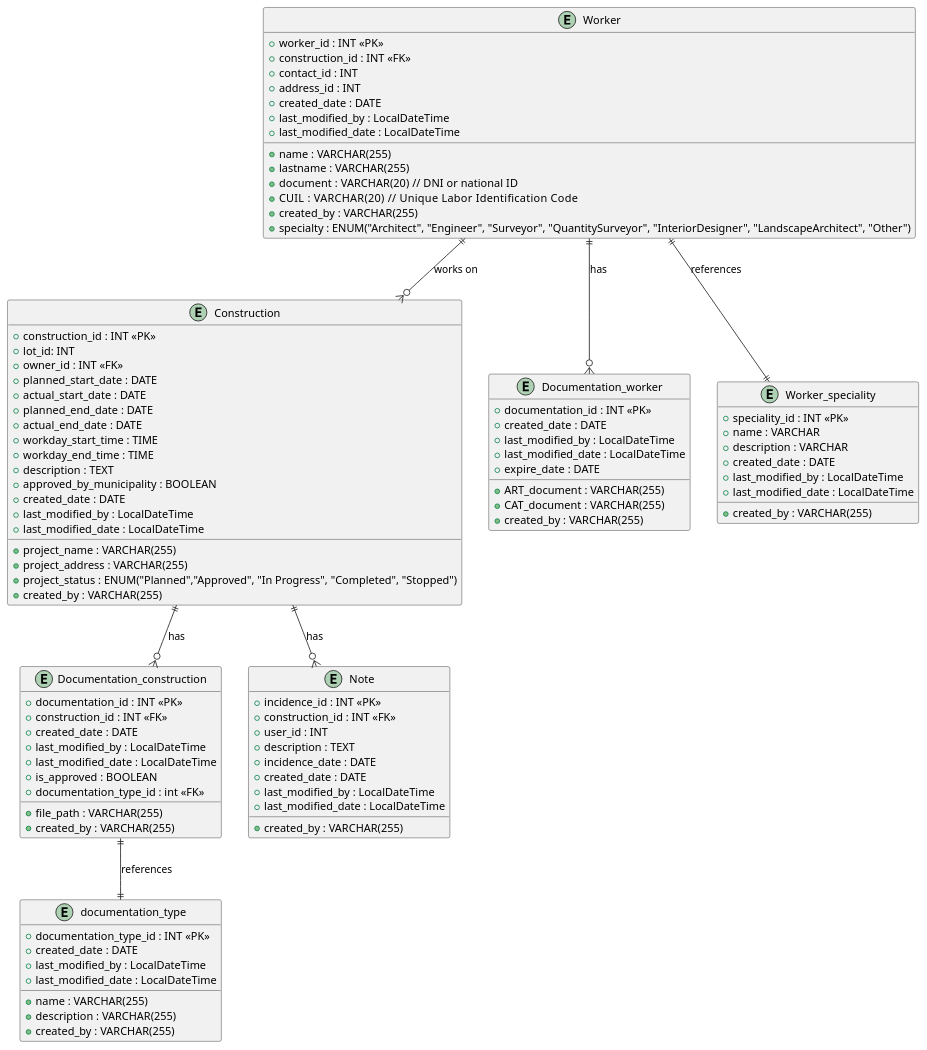
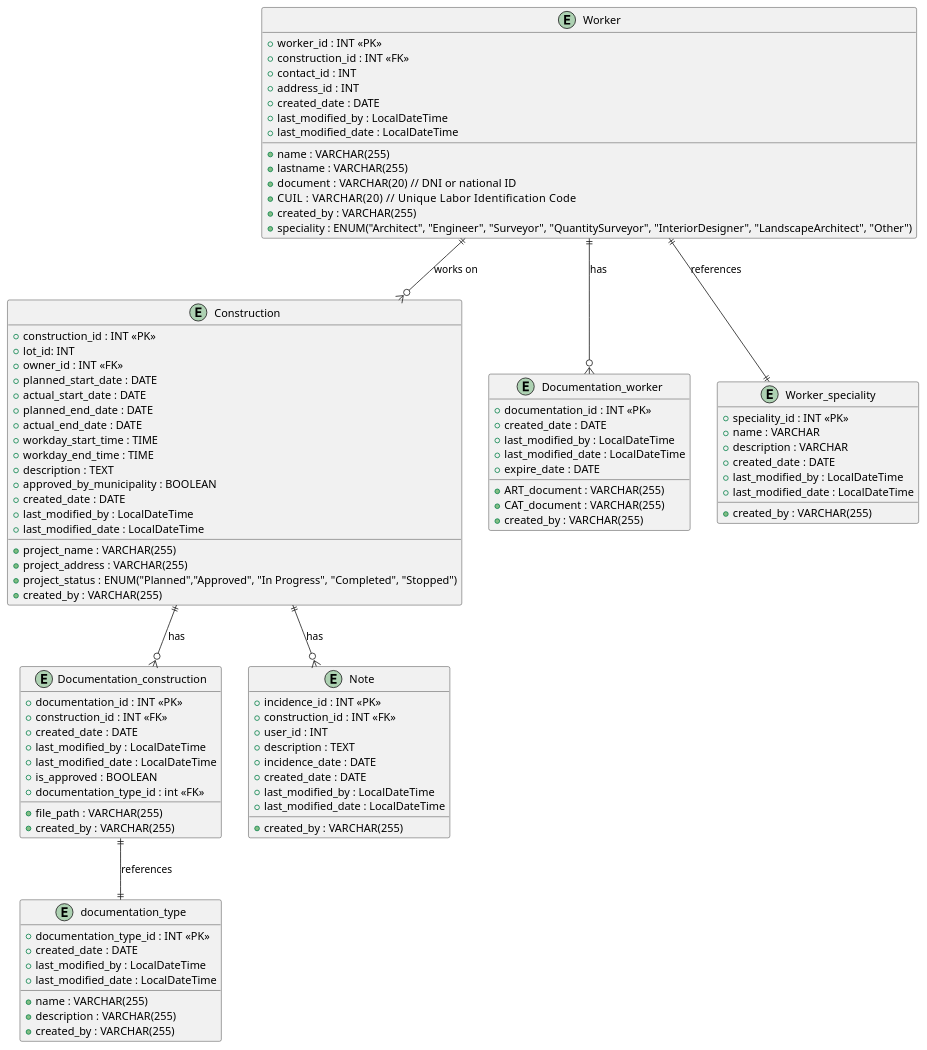
The diagram in docs/app_doc/diagrams/entities/entities.puml (406021-GAUFFIN/public-constructions), drawn with PlantUML before and after one commit. The commit also changed 10 other files, not shown here.

```diff
--- a/docs/app_doc/diagrams/entities/entities.puml
+++ b/docs/app_doc/diagrams/entities/entities.puml
@@ -1,110 +1,110 @@
 @startuml
 
 entity "Construction" as construction {
   + construction_id : INT <<PK>>
   + project_name : VARCHAR(255)
   + project_address : VARCHAR(255)
   + lot_id: INT
   + owner_id : INT <<FK>>
   + planned_start_date : DATE
   + actual_start_date : DATE
   + planned_end_date : DATE
   + actual_end_date : DATE
   + project_status : ENUM("Planned","Approved", "In Progress", "Completed", "Stopped")
   + workday_start_time : TIME
   + workday_end_time : TIME
   + description : TEXT
   + approved_by_municipality : BOOLEAN
   + created_by : VARCHAR(255)
   + created_date : DATE
   + last_modified_by : LocalDateTime
   + last_modified_date : LocalDateTime
 }
 
 entity "Documentation_construction" as documentation {
   + documentation_id : INT <<PK>>
   + construction_id : INT <<FK>>
   + file_path : VARCHAR(255)
   + created_by : VARCHAR(255)
   + created_date : DATE
   + last_modified_by : LocalDateTime
   + last_modified_date : LocalDateTime
   + is_approved : BOOLEAN
   + documentation_type_id : int <<FK>>
 }
 
 
 entity "documentation_type" as documentation_type {
   + documentation_type_id : INT <<PK>>
   + name : VARCHAR(255)
   + description : VARCHAR(255)
   + created_by : VARCHAR(255)
   + created_date : DATE
   + last_modified_by : LocalDateTime
   + last_modified_date : LocalDateTime
 
 
 }
 
 
 
 entity "Documentation_worker" as documentation_worker {
   + documentation_id : INT <<PK>>
   + ART_document : VARCHAR(255)
   + CAT_document : VARCHAR(255)
   + created_by : VARCHAR(255)
   + created_date : DATE
   + last_modified_by : LocalDateTime
   + last_modified_date : LocalDateTime
   + expire_date : DATE
 }
 
 entity "Worker" as worker {
   + worker_id : INT <<PK>>
   + construction_id : INT <<FK>>
   + name : VARCHAR(255)
   + lastname : VARCHAR(255)
   + document : VARCHAR(20)  // DNI or national ID
   + CUIL : VARCHAR(20)      // Unique Labor Identification Code
   + contact_id : INT
   + address_id : INT
   + created_by : VARCHAR(255)
   + created_date : DATE
   + last_modified_by : LocalDateTime
   + last_modified_date : LocalDateTime
-  + specialty : ENUM("Architect", "Engineer", "Surveyor", "QuantitySurveyor", "InteriorDesigner", "LandscapeArchitect", "Other")
+  + speciality : ENUM("Architect", "Engineer", "Surveyor", "QuantitySurveyor", "InteriorDesigner", "LandscapeArchitect", "Other")
 }
 
 
 
 
 
 entity "Note" as Note {
   + incidence_id : INT <<PK>>
   + construction_id : INT <<FK>>
   + user_id : INT
   + description : TEXT
   + incidence_date : DATE
   + created_by : VARCHAR(255)
   + created_date : DATE
   + last_modified_by : LocalDateTime
   + last_modified_date : LocalDateTime
 }
 entity "Worker_speciality" as worker_speciality {
   + speciality_id : INT <<PK>>
   + name : VARCHAR
   + description : VARCHAR
   + created_by : VARCHAR(255)
   + created_date : DATE
   + last_modified_by : LocalDateTime
   + last_modified_date : LocalDateTime
 }
 worker ||--o{ documentation_worker : "has"
 construction ||--o{ Note : "has"
 construction ||--o{ documentation : "has"
 worker ||--o{ construction : "works on"
 documentation ||--|| documentation_type : "references"
 worker ||--|| worker_speciality : "references"
 
 
 @enduml
```
